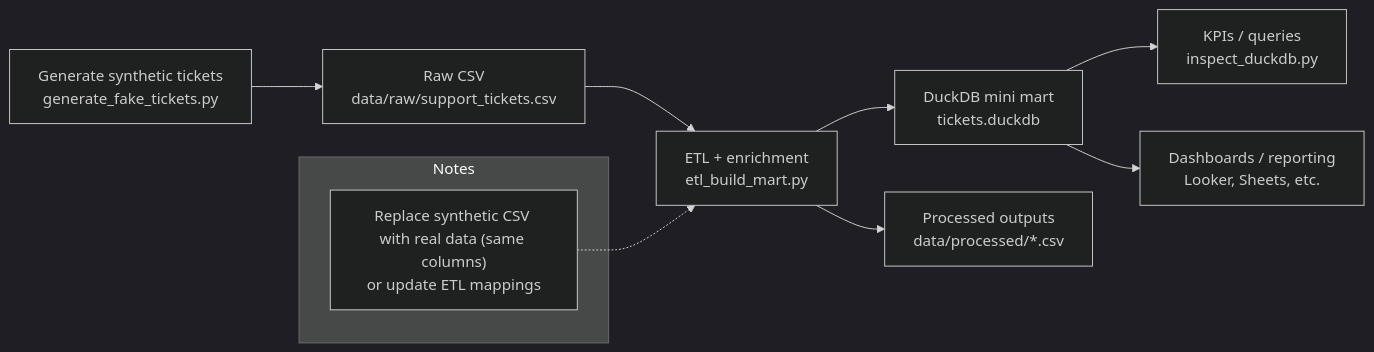
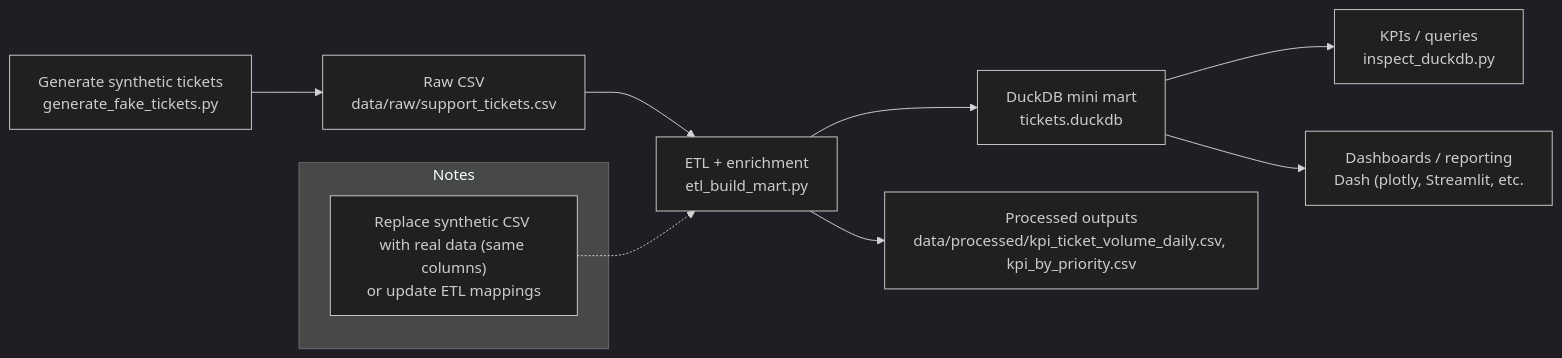
Before and after one commit to jdoan5/Python: the diagram in Python Project 2/Support Ticket Analytics/README.md, drawn with Mermaid (dark theme). The commit also changed other lines of this file, not shown here.

````diff
--- a/Python Project 2/Support Ticket Analytics/README.md
+++ b/Python Project 2/Support Ticket Analytics/README.md
@@ -18,16 +18,16 @@
 ```mermaid
 flowchart LR
-  A["Generate synthetic tickets<br/>generate_fake_tickets.py"] --> B["Raw CSV<br/>data/raw/support_tickets.csv"]
+  A["Generate synthetic tickets<br/>generate_fake_tickets.py"] --> B["Raw CSV<br/>data/raw/support_tickets.csv"] 
   B --> C["ETL + enrichment<br/>etl_build_mart.py"]
   C --> D["DuckDB mini mart<br/>tickets.duckdb"]
-  C --> E["Processed outputs<br/>data/processed/*.csv"]
+  C --> E["Processed outputs<br/>data/processed/kpi_ticket_volume_daily.csv, kpi_by_priority.csv"]
 
   D --> F["KPIs / queries<br/>inspect_duckdb.py"]
-  D --> G["Dashboards / reporting<br/>Looker, Sheets, etc."]
+  D --> G["Dashboards / reporting<br/>Dash (plotly, Streamlit, etc."]
 
   subgraph Notes["Notes"]
     N1["Replace synthetic CSV with real data (same columns)<br/>or update ETL mappings"]
   end
 
   N1 -.-> C
 ```
````
